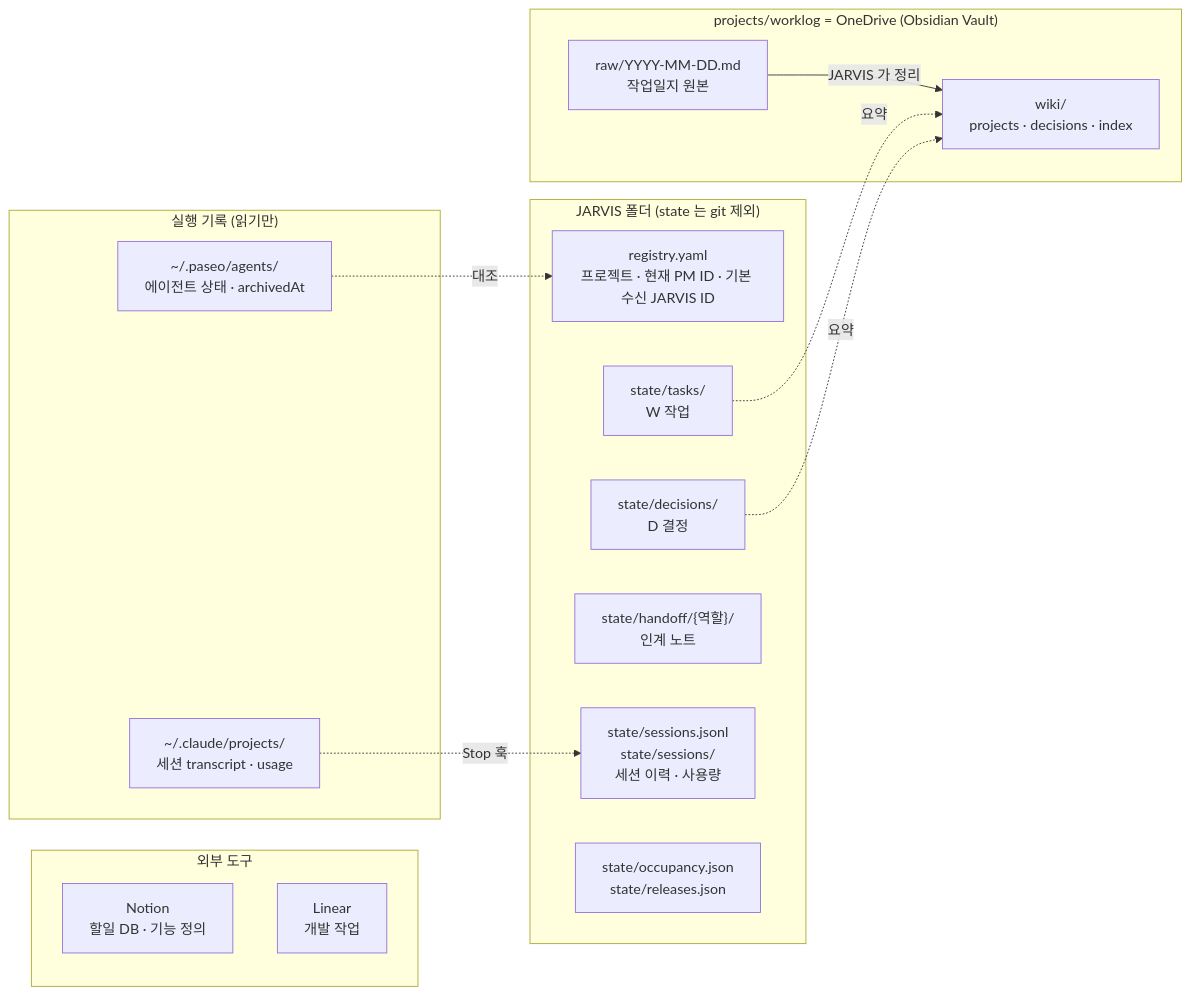
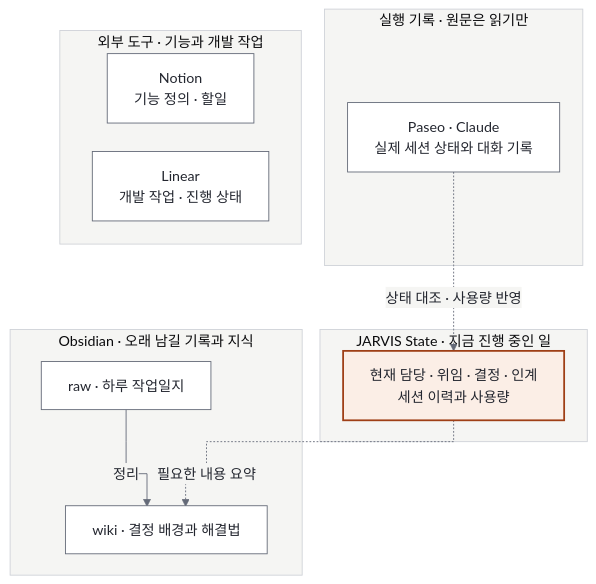
Before and after one commit to smdeveloper7/jarvis: the first of 2 diagrams in docs/01_State_Memory_Management.md, drawn with Mermaid. The commit also changed other lines of this file and 6 other files, not shown here.

Commit message:
docs: 관리정책 다이어그램 개선 및 문서 정리

````diff
--- a/docs/01_State_Memory_Management.md
+++ b/docs/01_State_Memory_Management.md
@@ -49,32 +49,23 @@
 ```mermaid
-flowchart LR
-    subgraph JARVIS["JARVIS 폴더 (state 는 git 제외)"]
-        REG["registry.yaml<br/>프로젝트 · 현재 PM ID · 기본 수신 JARVIS ID"]
-        TASK["state/tasks/<br/>W 작업"]
-        DEC["state/decisions/<br/>D 결정"]
-        HO["state/handoff/{역할}/<br/>인계 노트"]
-        SES["state/sessions.jsonl<br/>state/sessions/<br/>세션 이력 · 사용량"]
-        ETC["state/occupancy.json<br/>state/releases.json"]
+%%{init: {"theme":"base","themeVariables":{"fontFamily":"Malgun Gothic, Noto Sans KR, sans-serif","fontSize":"16px","primaryColor":"#ffffff","primaryTextColor":"#23262f","primaryBorderColor":"#646a78","lineColor":"#646a78","secondaryColor":"#ededeb","tertiaryColor":"#f5f5f3","clusterBkg":"#f5f5f3","clusterBorder":"#cfd2d8","edgeLabelBackground":"#f5f5f3","actorBkg":"#ffffff","actorBorder":"#646a78","actorTextColor":"#23262f","noteBkgColor":"#f5f5f3","noteTextColor":"#23262f","noteBorderColor":"#cfd2d8"},"flowchart":{"htmlLabels":true,"curve":"stepAfter","nodeSpacing":32,"rankSpacing":48},"sequence":{"mirrorActors":false}}}%%
+flowchart TB
+    subgraph RUNTIME["실행 기록 · 원문은 읽기만"]
+        R["Paseo · Claude<br/>실제 세션 상태와 대화 기록"]
     end
-
-    subgraph WL["projects/worklog = OneDrive (Obsidian Vault)"]
-        RAW["raw/YYYY-MM-DD.md<br/>작업일지 원본"]
-        WIKI["wiki/<br/>projects · decisions · index"]
+    subgraph STATE["JARVIS State · 지금 진행 중인 일"]
+        S["현재 담당 · 위임 · 결정 · 인계<br/>세션 이력과 사용량"]
     end
-
-    subgraph EXT["외부 도구"]
-        NOTION["Notion<br/>할일 DB · 기능 정의"]
-        LINEAR["Linear<br/>개발 작업"]
+    subgraph MEMORY["Obsidian · 오래 남길 기록과 지식"]
+        RAW["raw · 하루 작업일지"]
+        WIKI["wiki · 결정 배경과 해결법"]
+        RAW -->|"정리"| WIKI
     end
-
-    subgraph RT["실행 기록 (읽기만)"]
-        PASEO["~/.paseo/agents/<br/>에이전트 상태 · archivedAt"]
-        CC["~/.claude/projects/<br/>세션 transcript · usage"]
+    subgraph EXTERNAL["외부 도구 · 기능과 개발 작업"]
+        N["Notion<br/>기능 정의 · 할일"]
+        L["Linear<br/>개발 작업 · 진행 상태"]
     end
-
-    RAW -->|"JARVIS 가 정리"| WIKI
-    TASK -.->|"요약"| WIKI
-    DEC -.->|"요약"| WIKI
-    PASEO -.->|"대조"| REG
-    CC -.->|"Stop 훅"| SES
+    R -.->|"상태 대조 · 사용량 반영"| S
+    S -.->|"필요한 내용 요약"| WIKI
+    class S focal
+    classDef focal fill:#fbeee6,stroke:#9f3f16,stroke-width:2px,color:#23262f
 ```
````
